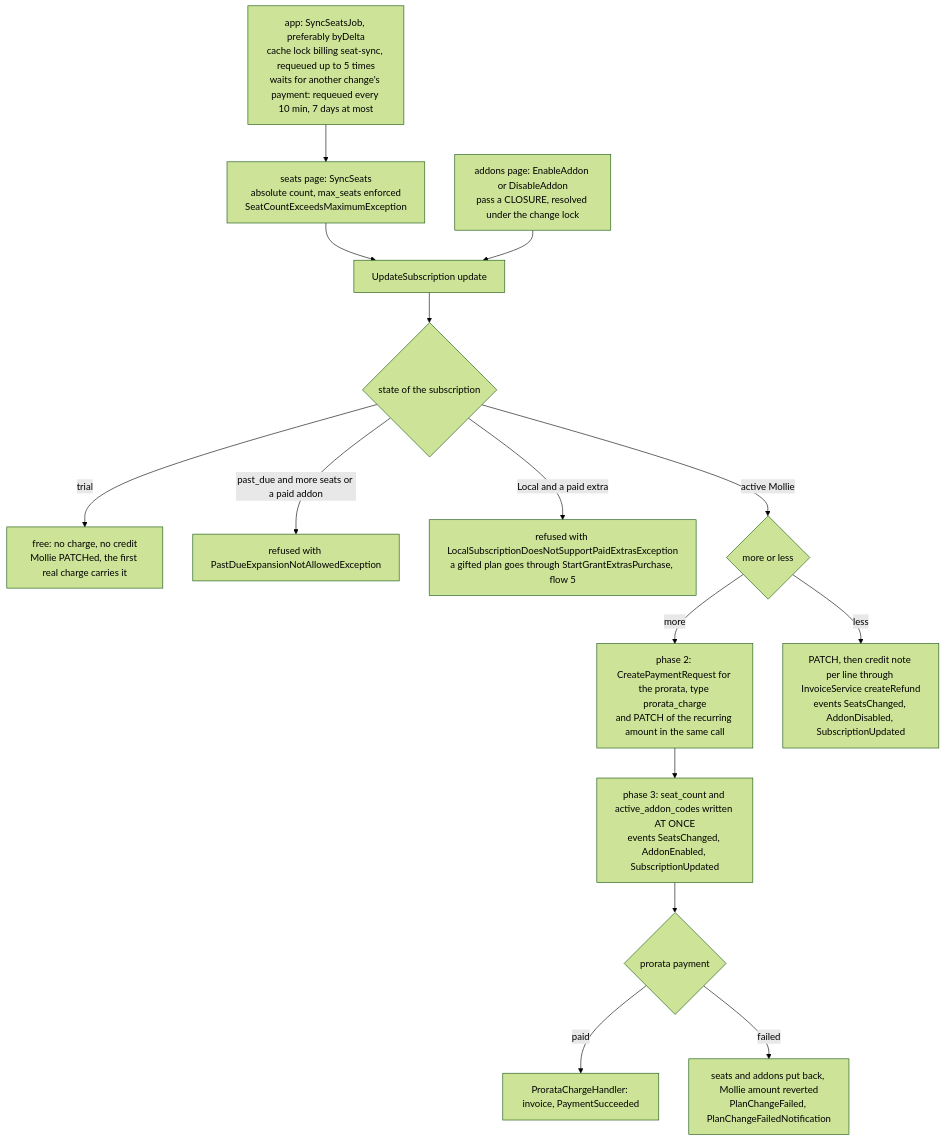
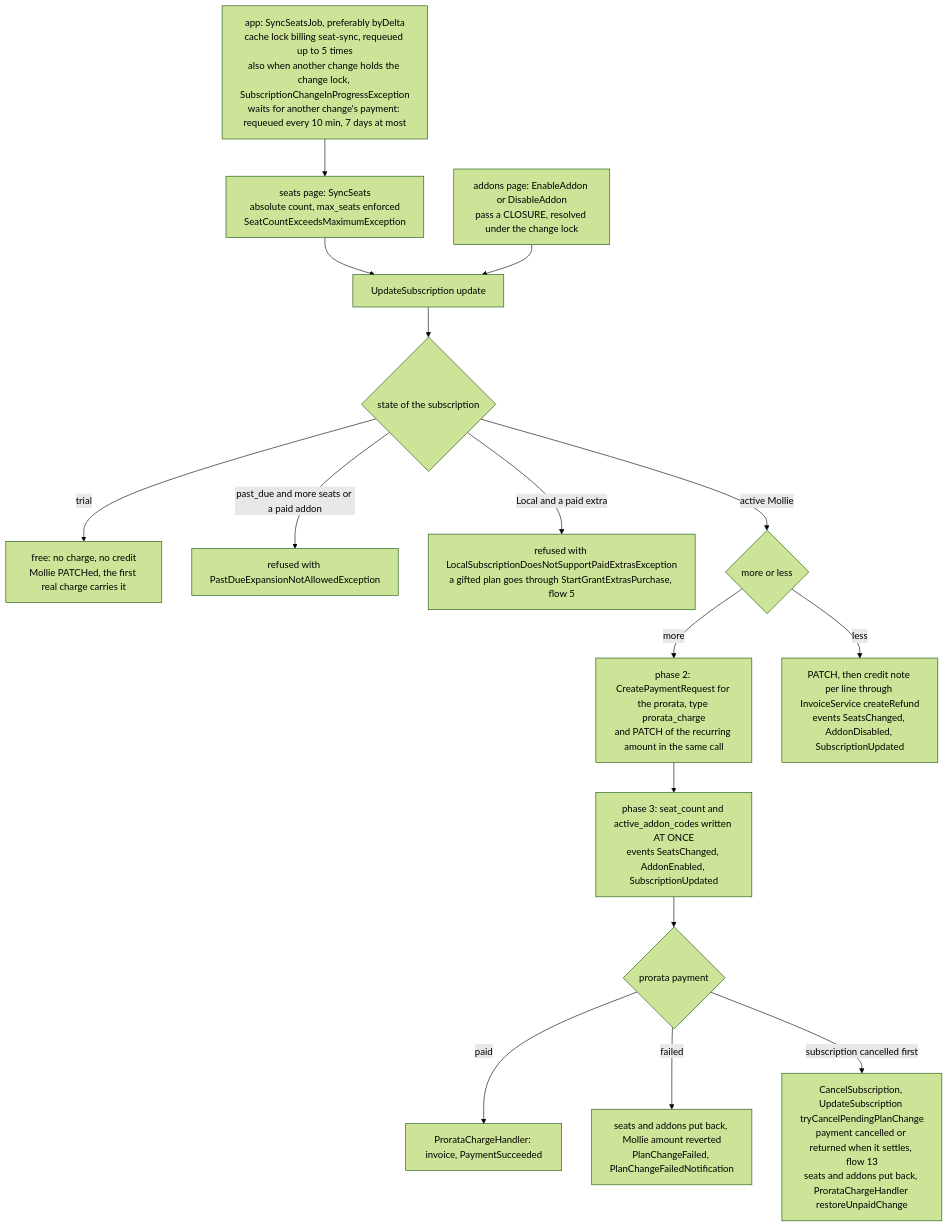
Before and after one commit to GraystackIT/laravel-mollie-billing: diagram 17 of 29 in docs/flows.md, drawn with Mermaid (forest theme). The commit also changed other lines of this file and 256 other files, not shown here.

````diff
--- a/docs/flows.md
+++ b/docs/flows.md
@@ -890,17 +967,18 @@
 ```mermaid
 flowchart TD
     A["seats page: SyncSeats<br/>absolute count, max_seats enforced<br/>SeatCountExceedsMaximumException"] --> D
     B["addons page: EnableAddon or DisableAddon<br/>pass a CLOSURE, resolved under the change lock"] --> D
-    C["app: SyncSeatsJob, preferably byDelta<br/>cache lock billing seat-sync, requeued up to 5 times<br/>waits for another change's payment: requeued every 10 min, 7 days at most"] --> A
+    C["app: SyncSeatsJob, preferably byDelta<br/>cache lock billing seat-sync, requeued up to 5 times<br/>also when another change holds the change lock, SubscriptionChangeInProgressException<br/>waits for another change's payment: requeued every 10 min, 7 days at most"] --> A
     D["UpdateSubscription update"] --> E{"state of the subscription"}
     E -->|"trial"| F["free: no charge, no credit<br/>Mollie PATCHed, the first real charge carries it"]
     E -->|"past_due and more seats or a paid addon"| G["refused with PastDueExpansionNotAllowedException"]
     E -->|"Local and a paid extra"| H["refused with LocalSubscriptionDoesNotSupportPaidExtrasException<br/>a gifted plan goes through StartGrantExtrasPurchase, flow 5"]
     E -->|"active Mollie"| I{"more or less"}
     I -->|"more"| J["phase 2: CreatePaymentRequest for the prorata, type prorata_charge<br/>and PATCH of the recurring amount in the same call"]
     J --> K["phase 3: seat_count and active_addon_codes written AT ONCE<br/>events SeatsChanged, AddonEnabled, SubscriptionUpdated"]
     K --> L{"prorata payment"}
     L -->|"paid"| M["ProrataChargeHandler: invoice, PaymentSucceeded"]
     L -->|"failed"| N["seats and addons put back, Mollie amount reverted<br/>PlanChangeFailed, PlanChangeFailedNotification"]
+    L -->|"subscription cancelled first"| N2["CancelSubscription, UpdateSubscription tryCancelPendingPlanChange<br/>payment cancelled or returned when it settles, flow 13<br/>seats and addons put back, ProrataChargeHandler restoreUnpaidChange"]
     I -->|"less"| O["PATCH, then credit note per line through InvoiceService createRefund<br/>events SeatsChanged, AddonDisabled, SubscriptionUpdated"]
 ```
````
